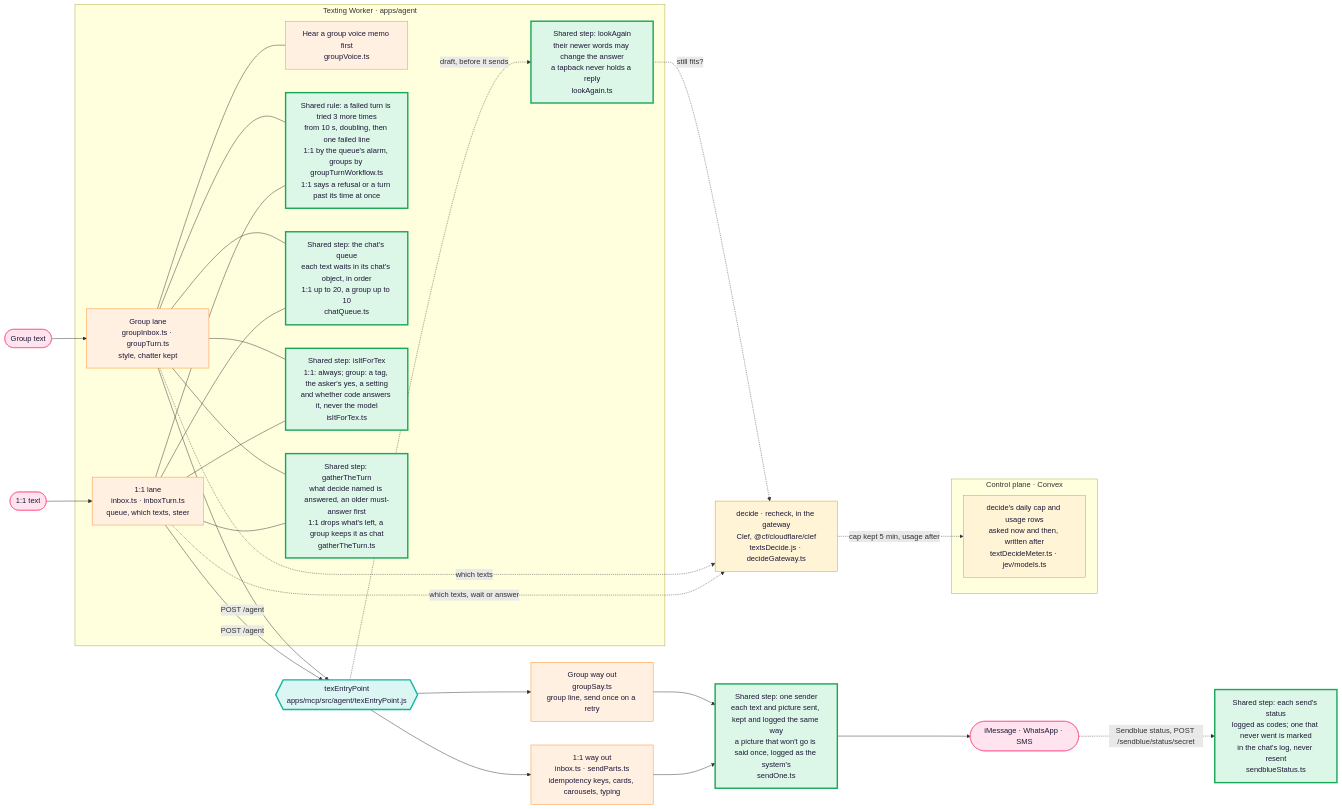
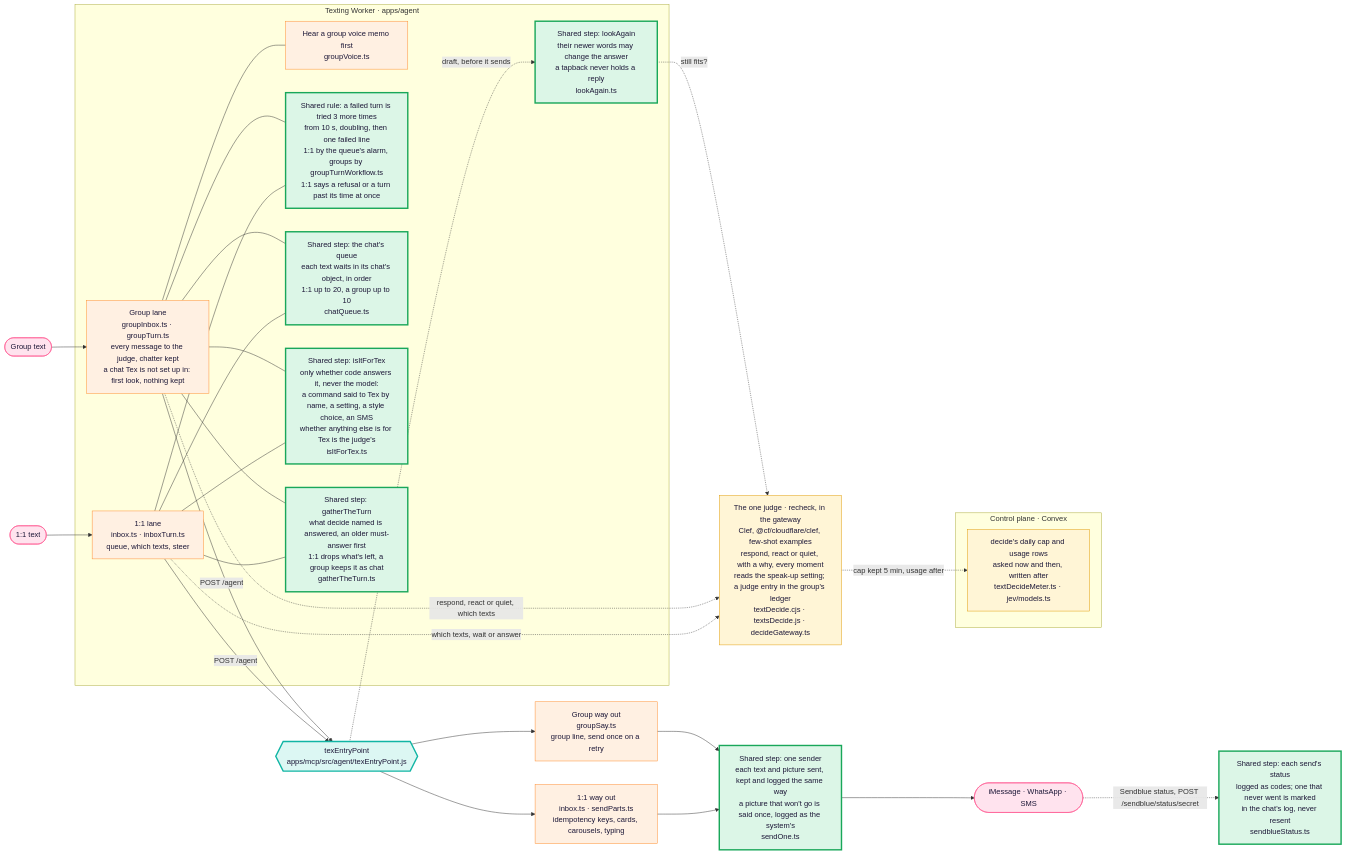
One commit to Supa-Media/context changed the first of 3 diagrams in docs/architecture/tex.md. Above: the diagram before and after it, drawn with Mermaid. The commit also changed other lines of this file and 56 other files, not shown here.

First line of the commit message:
Tex: one judge decides respond, react or quiet

````diff
--- a/docs/architecture/tex.md
+++ b/docs/architecture/tex.md
@@ -22,47 +22,47 @@
 ```mermaid
 flowchart LR
   P1([1:1 text]):::you --> W1
   P2([Group text]):::you --> W2
   subgraph Worker["Texting Worker · apps/agent"]
     W1["1:1 lane<br/>inbox.ts · inboxTurn.ts<br/>queue, which texts, steer"]:::pipe
-    W2["Group lane<br/>groupInbox.ts · groupTurn.ts<br/>style, chatter kept"]:::pipe
+    W2["Group lane<br/>groupInbox.ts · groupTurn.ts<br/>every message to the judge, chatter kept<br/>a chat Tex is not set up in: first look, nothing kept"]:::pipe
     H["Hear a group voice memo first<br/>groupVoice.ts"]:::pipe
     W2 --- H
     LA["Shared step: lookAgain<br/>their newer words may change the answer<br/>a tapback never holds a reply<br/>lookAgain.ts"]:::shared
     RT["Shared rule: a failed turn is tried 3 more times<br/>from 10 s, doubling, then one failed line<br/>1:1 by the queue's alarm, groups by groupTurnWorkflow.ts<br/>1:1 says a refusal or a turn past its time at once"]:::shared
     W1 --- RT
     W2 --- RT
     Q["Shared step: the chat's queue<br/>each text waits in its chat's object, in order<br/>1:1 up to 20, a group up to 10<br/>chatQueue.ts"]:::shared
     W1 --- Q
     W2 --- Q
-    FT["Shared step: isItForTex<br/>1:1: always; group: a tag, the asker's yes, a setting<br/>and whether code answers it, never the model<br/>isItForTex.ts"]:::shared
+    FT["Shared step: isItForTex<br/>only whether code answers it, never the model:<br/>a command said to Tex by name, a setting, a style choice, an SMS<br/>whether anything else is for Tex is the judge's<br/>isItForTex.ts"]:::shared
     W1 --- FT
     W2 --- FT
     GT["Shared step: gatherTheTurn<br/>what decide named is answered, an older must-answer first<br/>1:1 drops what's left, a group keeps it as chat<br/>gatherTheTurn.ts"]:::shared
     W1 --- GT
     W2 --- GT
   end
-  D["decide · recheck, in the gateway<br/>Clef, @cf/cloudflare/clef<br/>textsDecide.js · decideGateway.ts"]:::judge
+  D["The one judge · recheck, in the gateway<br/>Clef, @cf/cloudflare/clef, few-shot examples<br/>respond, react or quiet, with a why, every moment<br/>reads the speak-up setting; a judge entry in the group's ledger<br/>textDecide.cjs · textsDecide.js · decideGateway.ts"]:::judge
   subgraph Control["Control plane · Convex"]
     CAP["decide's daily cap and usage rows<br/>asked now and then, written after<br/>textDecideMeter.ts · jev/models.ts"]:::judge
   end
   D -. cap kept 5 min, usage after .-> CAP
   W1 -. which texts, wait or answer .-> D
-  W2 -. which texts .-> D
+  W2 -. respond, react or quiet, which texts .-> D
   E -. draft, before it sends .-> LA
   LA -. still fits? .-> D
   W1 -->|POST /agent| E
   W2 -->|POST /agent| E
   E{{"texEntryPoint<br/>apps/mcp/src/agent/texEntryPoint.js"}}:::door
   E --> S1["1:1 way out<br/>inbox.ts · sendParts.ts<br/>idempotency keys, cards, carousels, typing"]:::pipe
   E --> S2["Group way out<br/>groupSay.ts<br/>group line, send once on a retry"]:::pipe
   S1 --> SO["Shared step: one sender<br/>each text and picture sent, kept and logged the same way<br/>a picture that won't go is said once, logged as the system's<br/>sendOne.ts"]:::shared
   S2 --> SO
   SO --> Out([iMessage · WhatsApp · SMS]):::you
   Out -. "Sendblue status, POST /sendblue/status/secret" .-> ST["Shared step: each send's status<br/>logged as codes; one that never went is marked<br/>in the chat's log, never resent<br/>sendblueStatus.ts"]:::shared
   classDef you fill:#ffe3ee,stroke:#ff4f8b,color:#1d1838
   classDef pipe fill:#fff0e2,stroke:#ff8a2a,color:#1d1838
   classDef door fill:#dcf7f3,stroke:#11b5a4,stroke-width:3px,color:#1d1838
   classDef judge fill:#fff5d6,stroke:#e09a00,color:#1d1838
   classDef shared fill:#dcf6e7,stroke:#19a75a,stroke-width:3px,color:#1d1838
 ```
````
